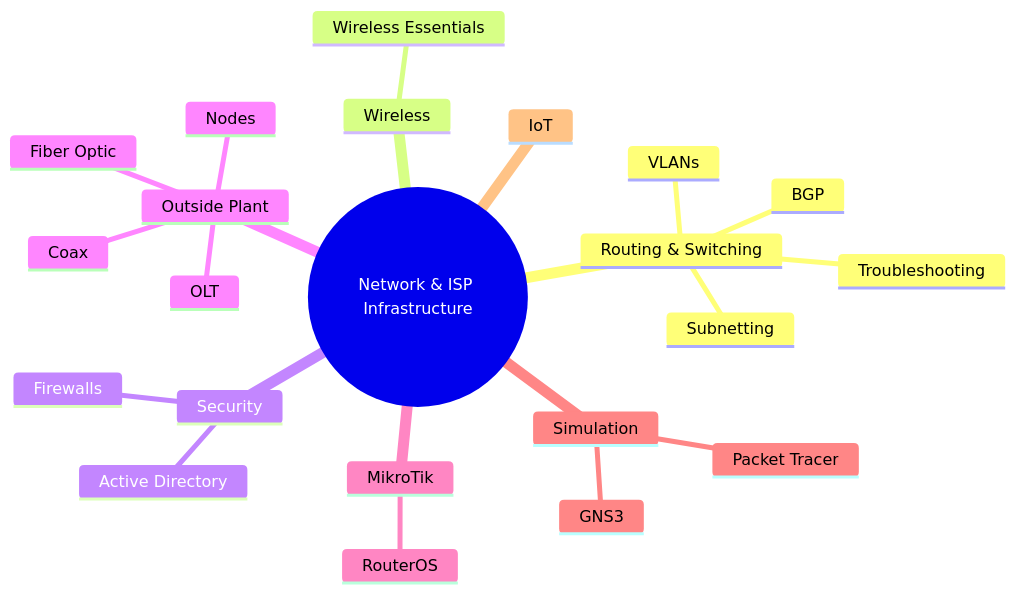
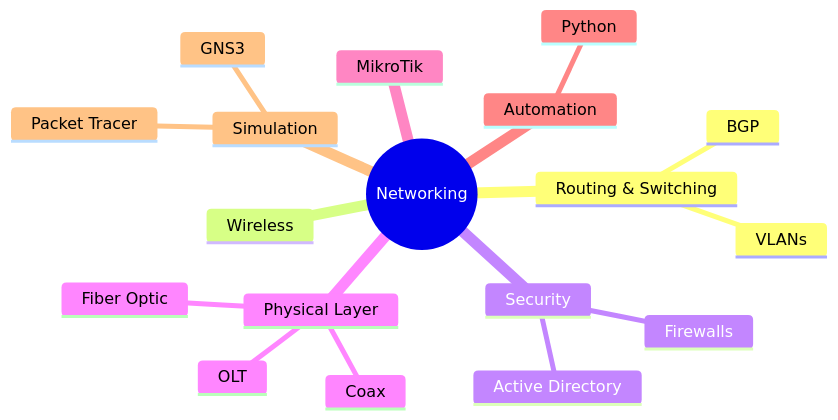
One commit to ErdrinPervizaj-EP/ErdrinPervizaj-EP changed the diagram in README.md. Above: the diagram before and after it, drawn with Mermaid. The commit also changed other lines of this file, not shown here.

Commit message:
Shrink skill map root, add Python/Automation branch and badge

````diff
--- a/README.md
+++ b/README.md
@@ -42,25 +43,21 @@
 ```mermaid
 mindmap
-  root((Network & ISP Infrastructure))
+  root((Networking))
     Routing & Switching
-      Subnetting
+      BGP
       VLANs
-      BGP
-      Troubleshooting
     Wireless
-      Wireless Essentials
     Security
       Firewalls
       Active Directory
-    Outside Plant
+    Physical Layer
       Fiber Optic
       OLT
       Coax
-      Nodes
     MikroTik
-      RouterOS
+    Automation
+      Python
     Simulation
       Packet Tracer
       GNS3
-    IoT
 ```
````
